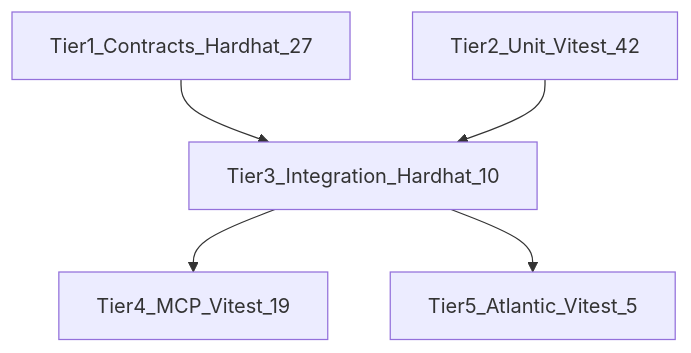
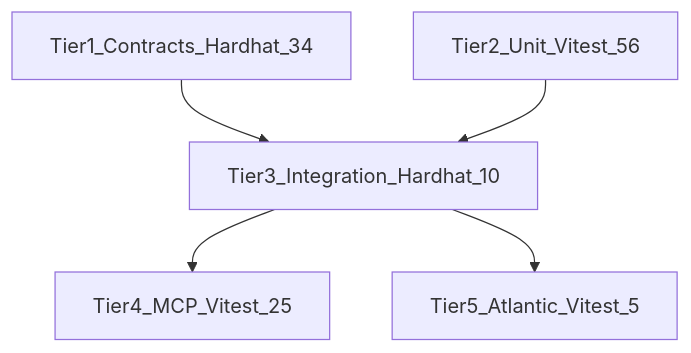
Before and after one commit to shery8595/Pharos-Settle: the diagram in docs/tests/README.md, drawn with Mermaid. The commit also changed other lines of this file and 49 other files, not shown here.

````diff
--- a/docs/tests/README.md
+++ b/docs/tests/README.md
@@ -15,12 +15,12 @@
 ```mermaid
 flowchart TB
-  T1[Tier1_Contracts_Hardhat_27]
-  T2[Tier2_Unit_Vitest_42]
+  T1[Tier1_Contracts_Hardhat_34]
+  T2[Tier2_Unit_Vitest_56]
   T3[Tier3_Integration_Hardhat_10]
-  T4[Tier4_MCP_Vitest_19]
+  T4[Tier4_MCP_Vitest_25]
   T5[Tier5_Atlantic_Vitest_5]
   T1 --> T3
   T2 --> T3
   T3 --> T4
   T3 --> T5
 ```
````
